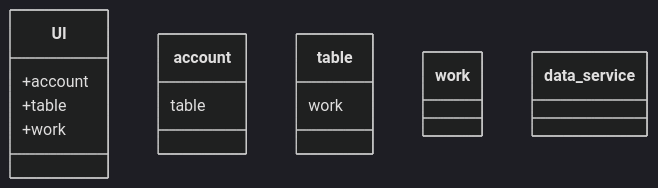
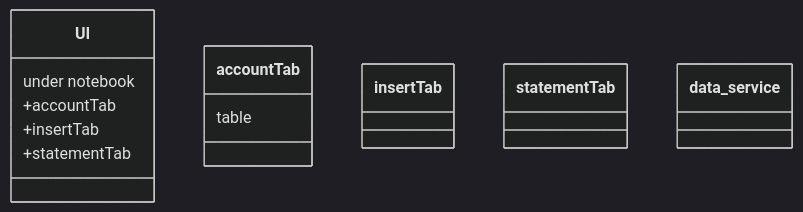
Before and after one commit to sanikk/sql-filler: the diagram in Documentation/classes_and_signals.md, drawn with Mermaid (dark theme). The commit also changed other lines of this file and 1 other file, not shown here.

Commit message:
docs: classes_and_signals update, new sequences

````diff
--- a/Documentation/classes_and_signals.md
+++ b/Documentation/classes_and_signals.md
@@ -1,21 +1,22 @@
 ```mermaid
 classDiagram
     class UI{
-        +account
-        +table
-        +work
+        under notebook
+        +accountTab
+        +insertTab
+        +statementTab
     }
-    class account{
+    class accountTab {
         table
         
     }
-    class table{
-        work
+    class insertTab {
+        
     }
-    class work{
+    class statementTab {
         
     } 
     class data_service{
         
     }
 ```
````
